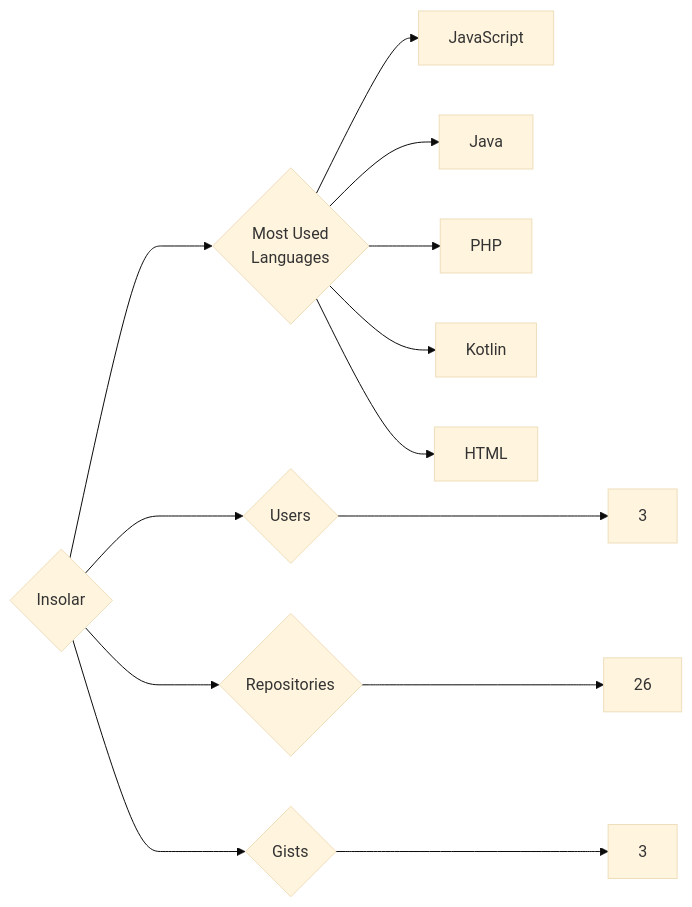
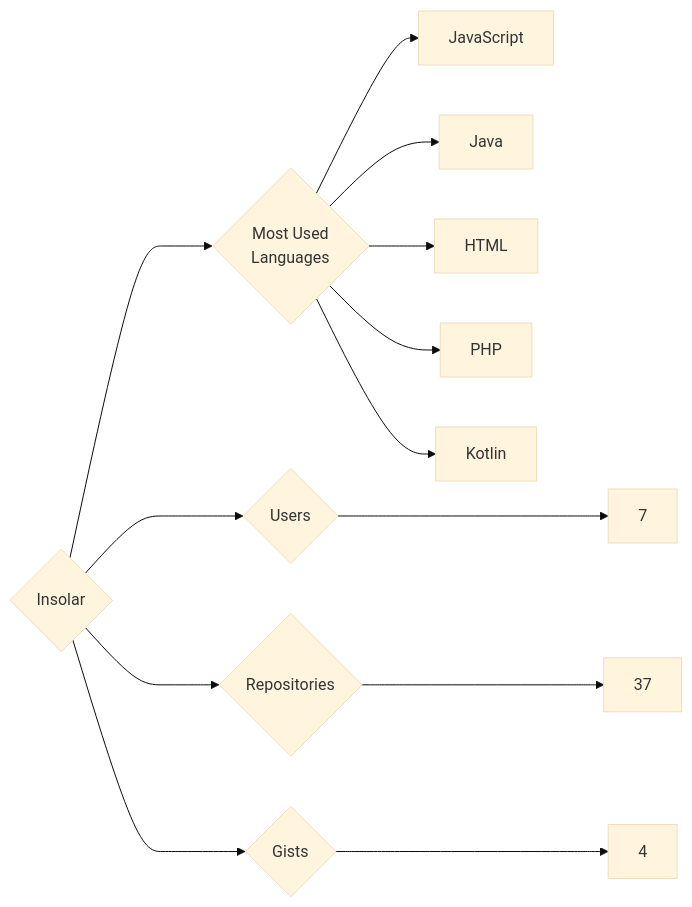
Before and after one commit to trickest/insiders: the diagram in targets/Insolar/README.md, drawn with Mermaid (base theme). The commit also changed 1212 other files, not shown here.

````diff
--- a/targets/Insolar/README.md
+++ b/targets/Insolar/README.md
@@ -3,13 +3,13 @@
 ```mermaid
 graph LR
 COMPANY_NAME{Insolar}
-COMPANY_NAME ---> U{Users} ---> UN[3]
-COMPANY_NAME ---> R{Repositories} ---> RN[26]
-COMPANY_NAME ---> G{Gists} ---> GN[3]
+COMPANY_NAME ---> U{Users} ---> UN[7]
+COMPANY_NAME ---> R{Repositories} ---> RN[37]
+COMPANY_NAME ---> G{Gists} ---> GN[4]
 COMPANY_NAME ---> ML{Most Used<br>Languages}
 ML --> JavaScript[JavaScript]
 ML --> Java[Java]
+ML --> HTML[HTML]
 ML --> PHP[PHP]
 ML --> Kotlin[Kotlin]
-ML --> HTML[HTML]
 ```
````
